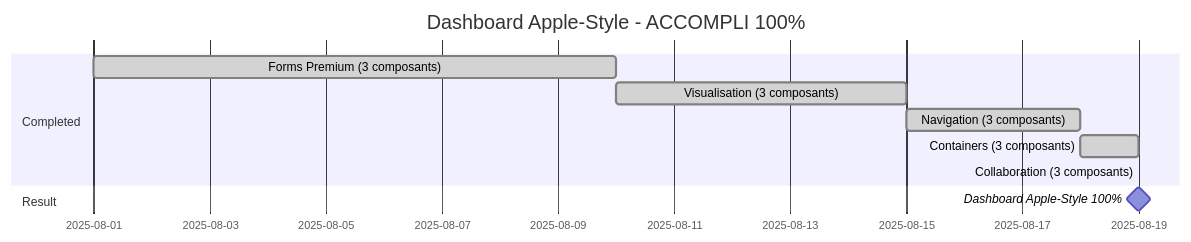
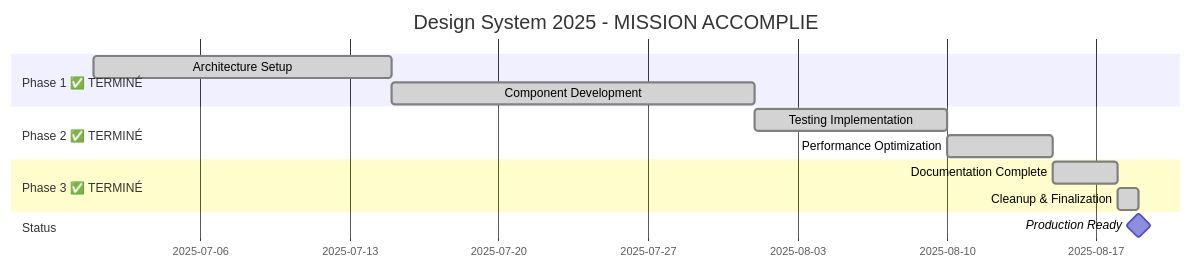
One commit to dainabase/directus-unified-platform changed the diagram in DEVELOPMENT_ROADMAP_2025.md. Above: the diagram before and after it, drawn with Mermaid. The commit also changed other lines of this file, not shown here.

Commit message:
docs: Update DEVELOPMENT_ROADMAP_2025.md - Design System v1.3.0 FINALISÉ + Nettoyage architectural 100% TERMINÉ

````diff
--- a/DEVELOPMENT_ROADMAP_2025.md
+++ b/DEVELOPMENT_ROADMAP_2025.md
@@ -113,15 +72,20 @@
 ```mermaid
 gantt
-    title Dashboard Apple-Style - ACCOMPLI 100%
+    title Design System 2025 - MISSION ACCOMPLIE
     dateFormat YYYY-MM-DD
     
-    section Completed
-    Forms Premium (3 composants)      :done, 2025-08-01, 2025-08-10
-    Visualisation (3 composants)      :done, 2025-08-10, 2025-08-15
-    Navigation (3 composants)         :done, 2025-08-15, 2025-08-18
-    Containers (3 composants)         :done, 2025-08-18, 2025-08-19
-    Collaboration (3 composants)      :done, 2025-08-19, 2025-08-19
+    section Phase 1 ✅ TERMINÉ
+    Architecture Setup     :done, 2025-07-01, 2025-07-15
+    Component Development  :done, 2025-07-15, 2025-08-01
     
-    section Result
-    Dashboard Apple-Style 100%        :milestone, 2025-08-19, 0d
+    section Phase 2 ✅ TERMINÉ  
+    Testing Implementation :done, 2025-08-01, 2025-08-10
+    Performance Optimization :done, 2025-08-10, 2025-08-15
+    
+    section Phase 3 ✅ TERMINÉ
+    Documentation Complete :done, 2025-08-15, 2025-08-18
+    Cleanup & Finalization :done, 2025-08-18, 2025-08-19
+    
+    section Status
+    Production Ready      :milestone, 2025-08-19, 0d
 ```
````
